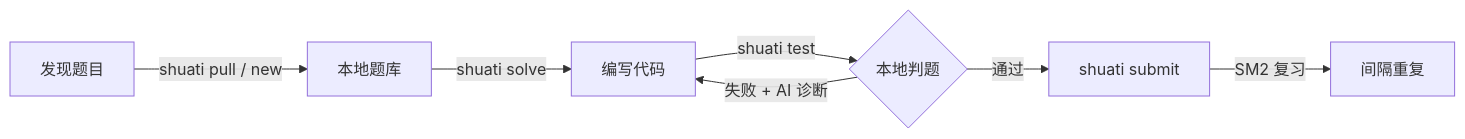
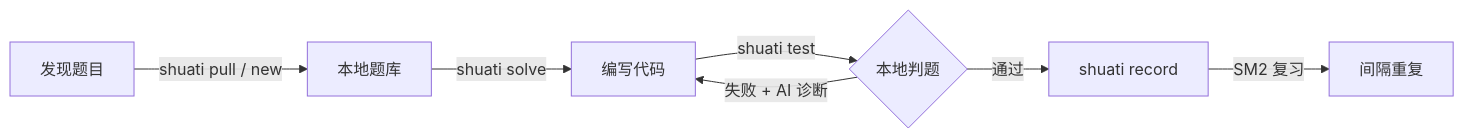
One commit to Xustalis/shuati-Cli changed the diagram in README.md. Above: the diagram before and after it, drawn with Mermaid. The commit also changed other lines of this file and 9 other files, not shown here.

````diff
--- a/README.md
+++ b/README.md
@@ -117,9 +117,9 @@
 ```mermaid
 graph LR
     A["发现题目"] -->|shuati pull / new| B["本地题库"]
     B -->|shuati solve| C["编写代码"]
     C -->|shuati test| D{"本地判题"}
     D -->|失败 + AI 诊断| C
-    D -->|通过| E["shuati submit"]
+    D -->|通过| E["shuati record"]
     E -->|SM2 复习| F["间隔重复"]
 ```
````
